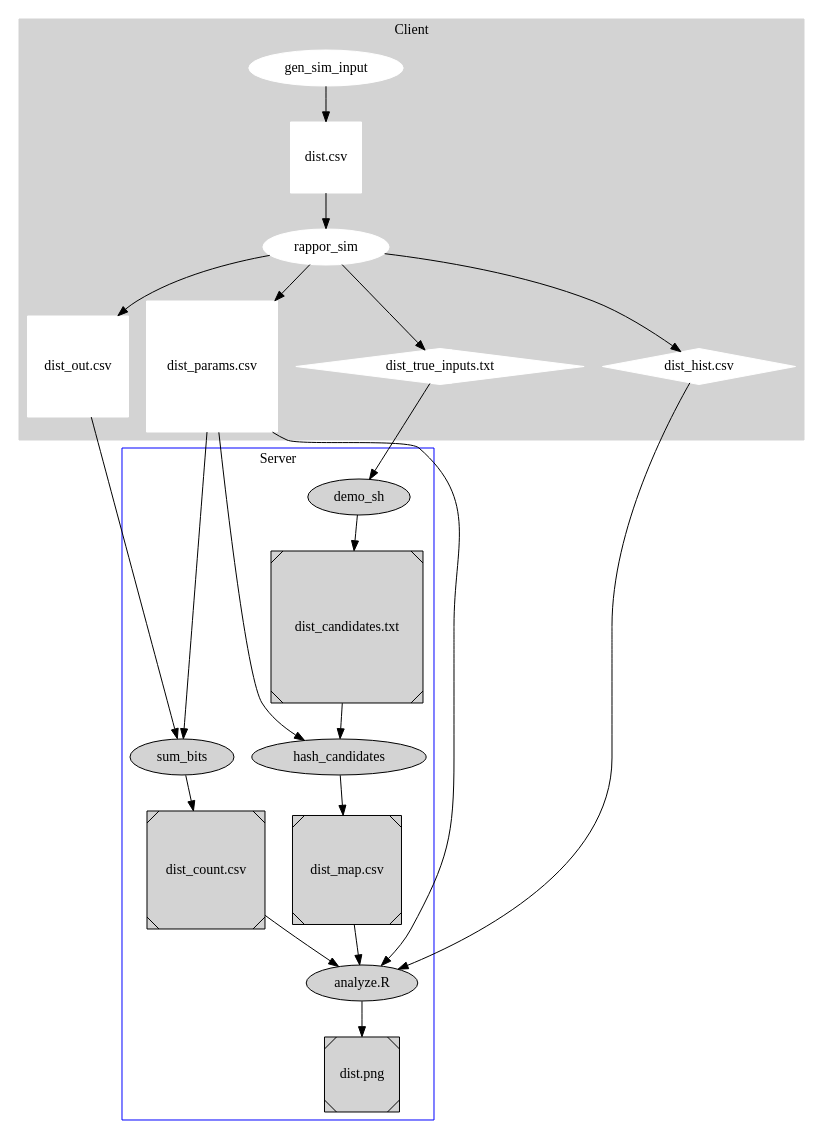
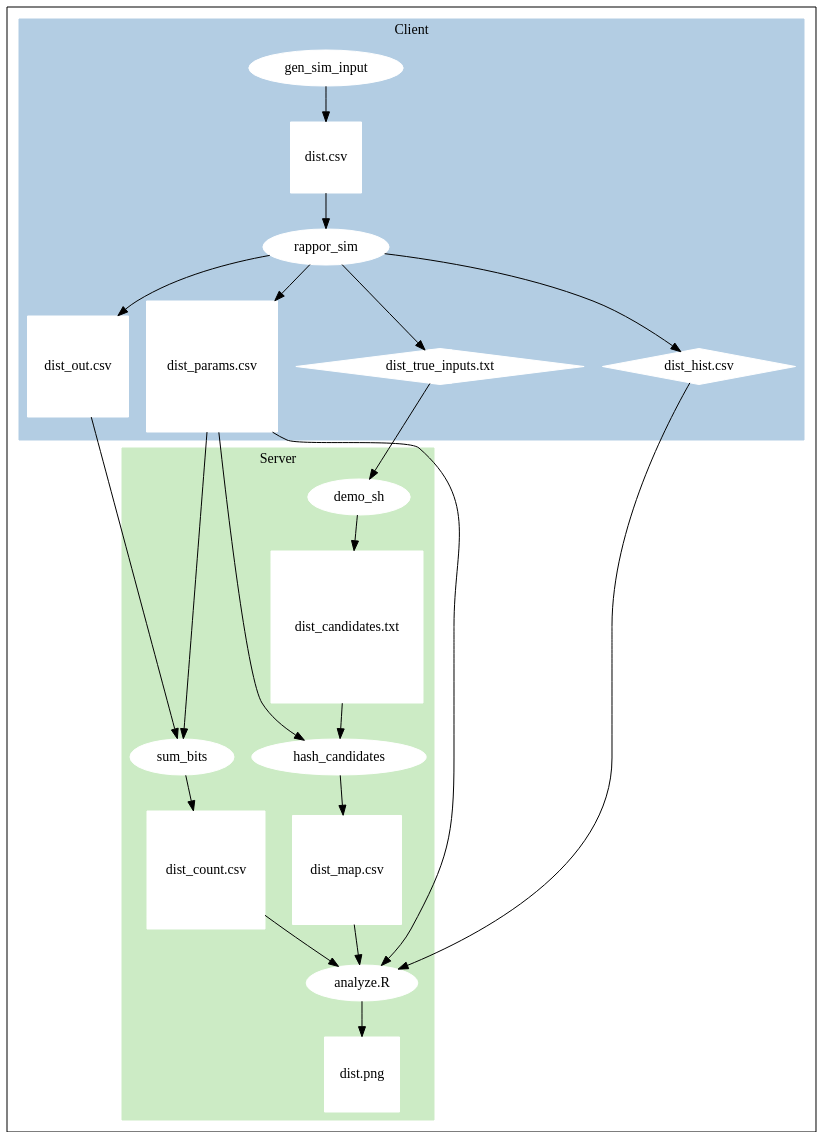
One commit to google/rappor changed the diagram in doc/tools.dot. Above: the diagram before and after it, drawn with Graphviz.

Commit message:
Better colors

```diff
--- a/doc/tools.dot
+++ b/doc/tools.dot
@@ -1,66 +1,69 @@
 // Based on http://graphviz.org/content/cluster
 
 // Node types:
 //   Rectangle: process
 //   Oval: data
 //   Diamond: debug/simulation data
 
 digraph G {
+  colorscheme=pastel13
 
   subgraph cluster_0 {
     label = "Client";
     style=filled;
-    color=lightgrey;
+    color=2;
 
     node [style=filled, color=white];
 
     gen_sim_input -> dist_csv -> rappor_sim;
     
     rappor_sim -> out;
     rappor_sim -> params;
     rappor_sim -> hist;
     rappor_sim -> true_inputs;
 
     dist_csv [shape=Msquare, label="dist.csv"];
     rappor_sim [label="rappor_sim"];
     out [shape=Msquare, label="dist_out.csv"];
     params [shape=Msquare, label="dist_params.csv"];
 
     // simulation data
     hist [shape=Mdiamond, label="dist_hist.csv"];
     true_inputs [shape=Mdiamond, label="dist_true_inputs.txt"];
   }
 
   subgraph cluster_1 {
     label = "Server";
-    node [style=filled];
-    color=blue
+    style = filled;
+    color=3;
+
+    node [style=filled, color=white];
 
     sum_bits -> counts;
 
     // sum_bits needs the params to construct the matrix.  Technically it could
     // infer it, but this is simple.
     params -> sum_bits;
 
     true_inputs -> demo_sh -> candidates -> hash_candidates -> map;
     params -> hash_candidates;
 
     params -> analyze;
     map -> analyze;
     counts -> analyze;
     hist -> analyze;
 
     analyze -> plot_png;
 
     analyze [label="analyze.R"];
 
     counts [shape=Msquare, label="dist_count.csv"];
     candidates [shape=Msquare, label="dist_candidates.txt"];
     map [shape=Msquare, label="dist_map.csv"];
 
     plot_png [shape=Msquare, label="dist.png"];
 
   }
 
   out -> sum_bits;
 }
```
